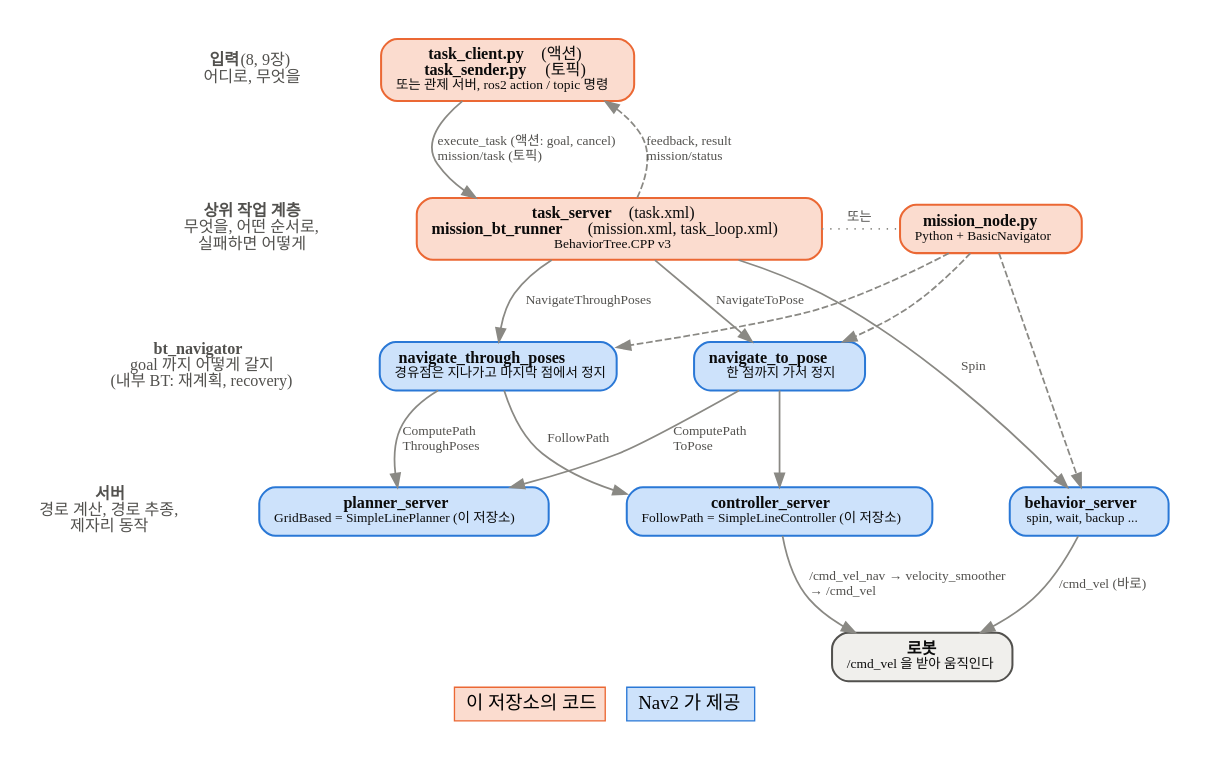
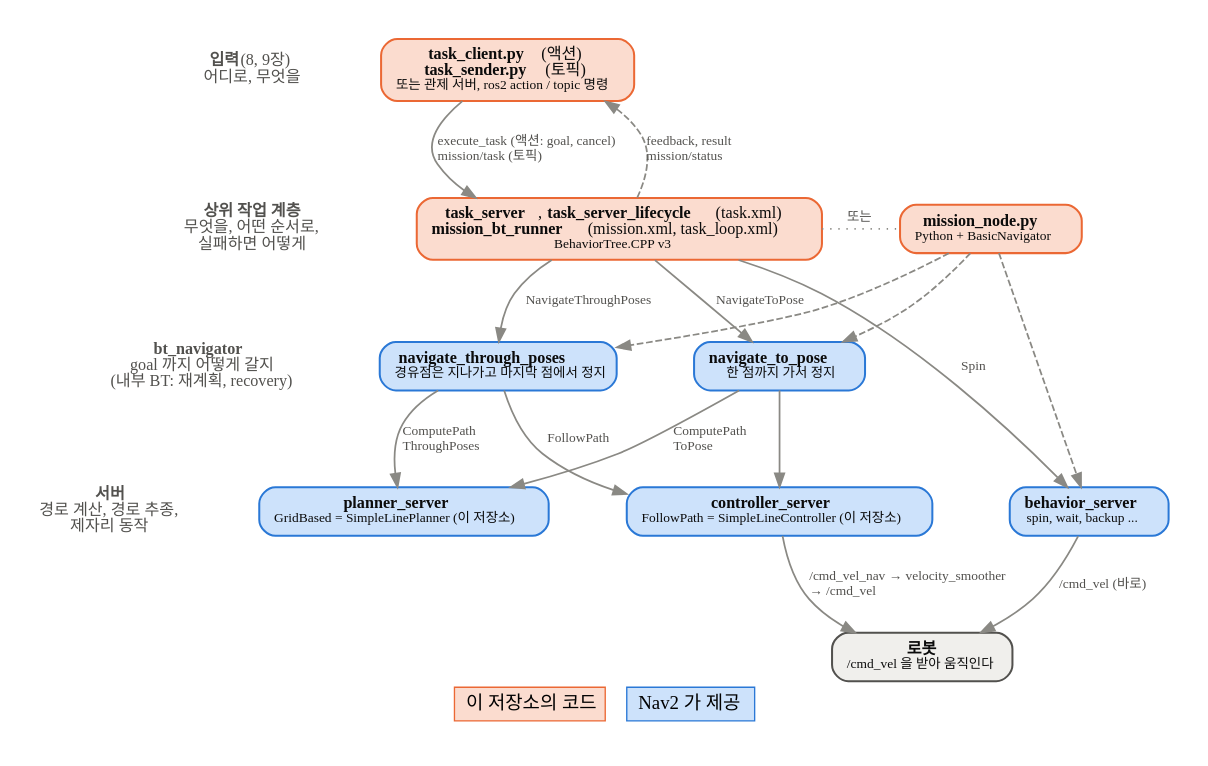
The diagram in bt_navigator/bt_mission/doc/layers.dot (1-roro/nav2_dwb), drawn with Graphviz before and after one commit. The commit also changed 16 other files, not shown here.

First line of the commit message:
Add a BtActionServer version of the task server

```diff
--- a/bt_navigator/bt_mission/doc/layers.dot
+++ b/bt_navigator/bt_mission/doc/layers.dot
@@ -1,65 +1,65 @@
 // 미션 BT 가 Nav2 의 어디에 붙는지 (dot -Tpng -Gdpi=110 layers.dot -o layers.png)
 digraph layers {
   graph [rankdir=TB, fontname="NanumGothic", bgcolor="white", pad=0.3, nodesep=0.4, ranksep=0.7,
          newrank=true, labelloc=b, label=<<table border="0" cellspacing="0" cellpadding="4"><tr>
            <td bgcolor="#fbdccf" border="1" color="#eb6834">&nbsp;이 저장소의 코드&nbsp;</td><td>&nbsp;&nbsp;</td>
            <td bgcolor="#cde2fb" border="1" color="#2a78d6">&nbsp;Nav2 가 제공&nbsp;</td></tr></table>>];
   node [shape=box, style="rounded,filled", fontname="NanumGothic", fontsize=12, fontcolor="#0b0b0b",
         penwidth=1.5, margin="0.15,0.08"];
   edge [color="#8a8984", penwidth=1.3, fontname="NanumGothic", fontsize=10, fontcolor="#52514e"];
 
   // 왼쪽 열: 계층 이름
   node [shape=plaintext, style="", fontsize=12, fontcolor="#52514e", margin=0];
   L0 [label=<<b>입력</b> (8, 9장)<br/>어디로, 무엇을>];
   L1 [label=<<b>상위 작업 계층</b><br/>무엇을, 어떤 순서로,<br/>실패하면 어떻게>];
   L2 [label=<<b>bt_navigator</b><br/>goal 까지 어떻게 갈지<br/>(내부 BT: 재계획, recovery)>];
   L3 [label=<<b>서버</b><br/>경로 계산, 경로 추종,<br/>제자리 동작>];
   L4 [label=""];
   L0 -> L1 -> L2 -> L3 -> L4 [style=invis];
 
   node [shape=box, style="rounded,filled", fontsize=12, fontcolor="#0b0b0b", margin="0.15,0.08"];
   ts [label=<<b>task_client.py</b> (액션)<br/><b>task_sender.py</b> (토픽)<br/><font point-size="10">또는 관제 서버, ros2 action / topic 명령</font>>,
       fillcolor="#fbdccf", color="#eb6834"];
-  bt [label=<<b>task_server</b>  (task.xml)<br/><b>mission_bt_runner</b>  (mission.xml, task_loop.xml)<br/><font point-size="10">BehaviorTree.CPP v3</font>>,
+  bt [label=<<b>task_server</b>, <b>task_server_lifecycle</b>  (task.xml)<br/><b>mission_bt_runner</b>  (mission.xml, task_loop.xml)<br/><font point-size="10">BehaviorTree.CPP v3</font>>,
       fillcolor="#fbdccf", color="#eb6834"];
   py [label=<<b>mission_node.py</b><br/><font point-size="10">Python + BasicNavigator</font>>,
       fillcolor="#fbdccf", color="#eb6834"];
   ntp [label=<<b>navigate_through_poses</b><br/><font point-size="10">경유점은 지나가고 마지막 점에서 정지</font>>,
        fillcolor="#cde2fb", color="#2a78d6"];
   nt [label=<<b>navigate_to_pose</b><br/><font point-size="10">한 점까지 가서 정지</font>>,
       fillcolor="#cde2fb", color="#2a78d6"];
   planner [label=<<b>planner_server</b><br/><font point-size="10">GridBased = SimpleLinePlanner (이 저장소)</font>>,
            fillcolor="#cde2fb", color="#2a78d6"];
   controller [label=<<b>controller_server</b><br/><font point-size="10">FollowPath = SimpleLineController (이 저장소)</font>>,
               fillcolor="#cde2fb", color="#2a78d6"];
   behavior [label=<<b>behavior_server</b><br/><font point-size="10">spin, wait, backup ...</font>>,
             fillcolor="#cde2fb", color="#2a78d6"];
   robot [label=<<b>로봇</b><br/><font point-size="10">/cmd_vel 을 받아 움직인다</font>>,
          fillcolor="#f0efec", color="#52514e"];
 
   {rank=same; L0; ts}
   {rank=same; L1; bt; py}
   {rank=same; L2; ntp; nt}
   {rank=same; L3; planner; controller; behavior}
   {rank=same; L4; robot}
   L0 -> ts [style=invis];
   L1 -> bt [style=invis];
   bt -> py [arrowhead=none, style=dotted, label="  또는  "];
   L2 -> ntp -> nt [style=invis];
   L3 -> planner -> controller -> behavior [style=invis];
 
   ts -> bt [label=" execute_task (액션: goal, cancel)\l mission/task (토픽)\l"];
   bt -> ts [style=dashed, label=" feedback, result\l mission/status\l"];
   bt -> ntp [label=" NavigateThroughPoses"];
   bt -> nt [label=" NavigateToPose"];
   py -> ntp [style=dashed];
   py -> nt [style=dashed];
   bt -> behavior [label=" Spin"];
   py -> behavior [style=dashed];
   ntp -> planner [label=" ComputePath\l ThroughPoses\l"];
   nt -> planner [label=" ComputePath\l ToPose\l"];
   ntp -> controller [label=" FollowPath"];
   nt -> controller;
   controller -> robot [label=" /cmd_vel_nav → velocity_smoother\l → /cmd_vel\l"];
   behavior -> robot [label=" /cmd_vel (바로)"];
 }
```
